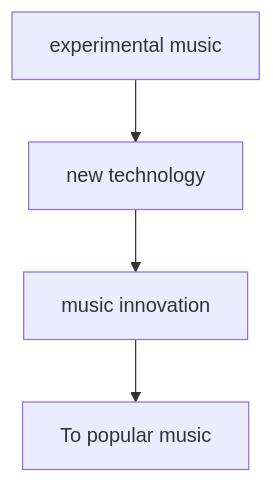
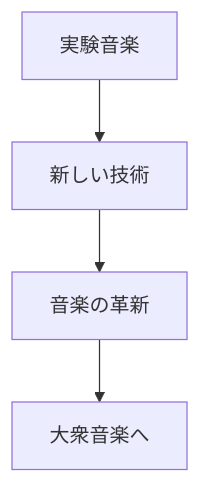
Before and after one commit to monumental-movement/monumental-movement.github.io: the fifth of 5 diagrams in en/_posts/2026-03-13-column-why-experimental-music-scares-people.md, drawn with Mermaid. The commit also changed other lines of this file and 2196 other files, not shown here.

```diff
--- a/en/_posts/2026-03-13-column-why-experimental-music-scares-people.md
+++ b/en/_posts/2026-03-13-column-why-experimental-music-scares-people.md
@@ -259,6 +259,6 @@
 <div class="mermaid">
 graph TD
-A[experimental music] --> B[new technology]
-B --> C[music innovation]
-C --> D[To popular music]
+A[実験音楽] --> B[新しい技術]
+B --> C[音楽の革新]
+C --> D[大衆音楽へ]
 </div>
```
